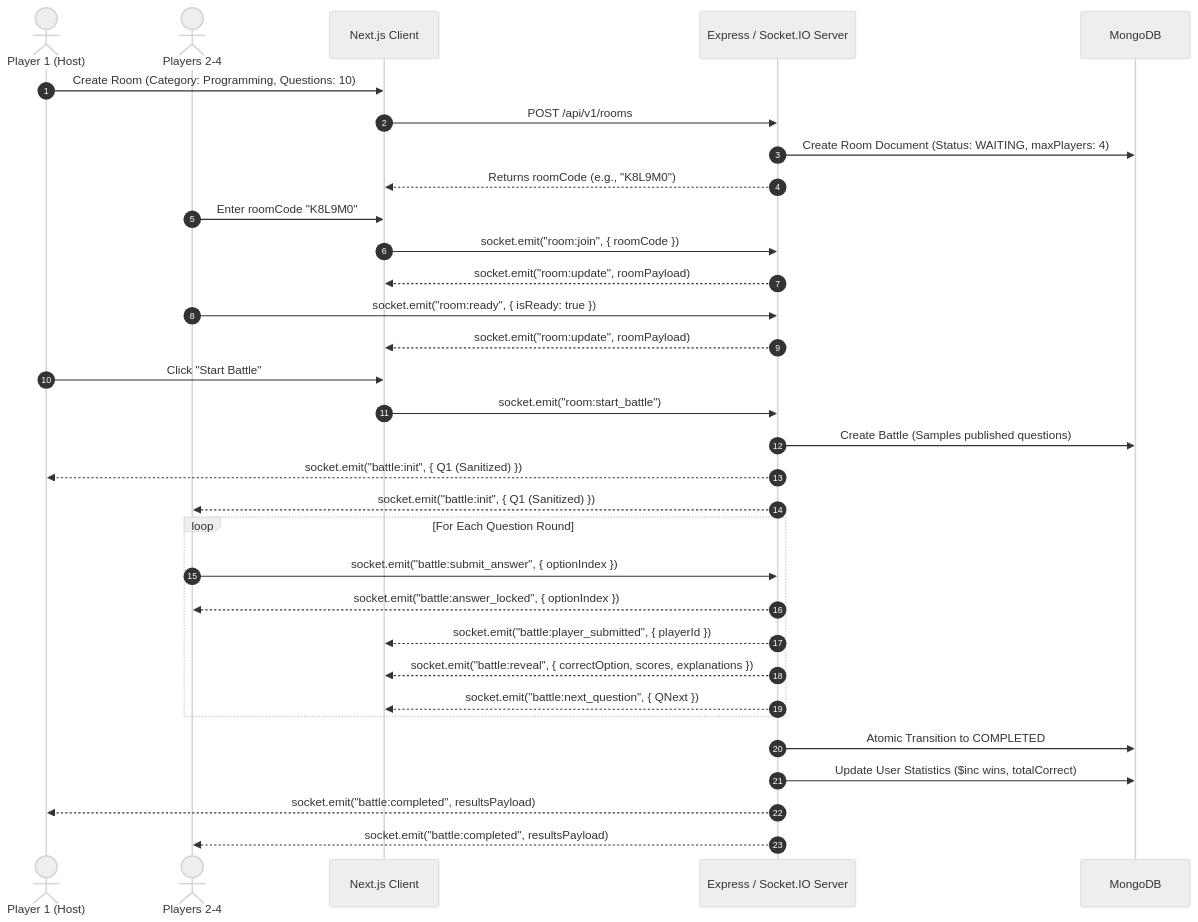
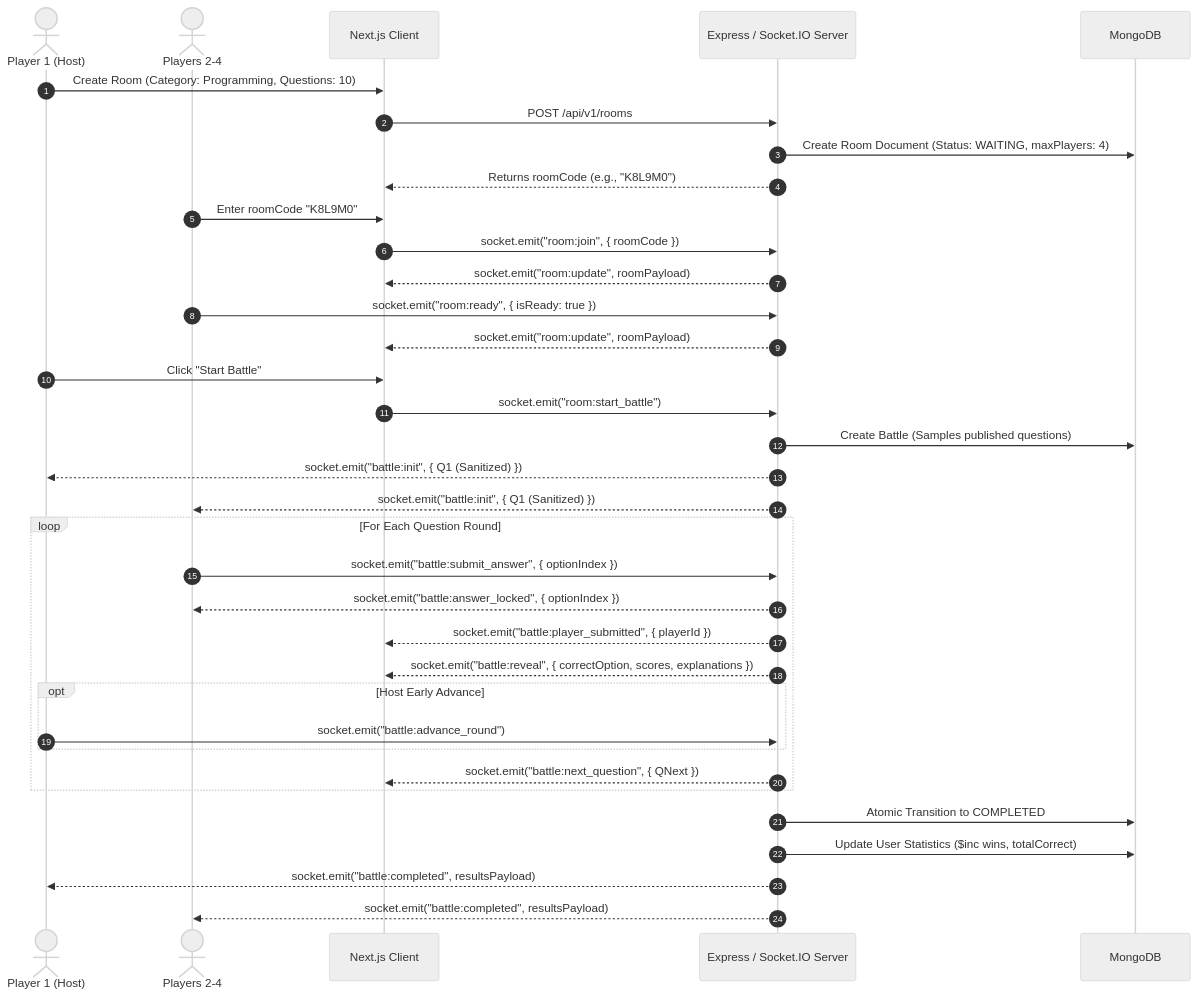
One commit to harshverma-25/CodeArena changed the diagram in docs/01-product-requirements.md. Above: the diagram before and after it, drawn with Mermaid (neutral theme). The commit also changed other lines of this file and 21 other files, not shown here.

````diff
--- a/docs/01-product-requirements.md
+++ b/docs/01-product-requirements.md
@@ -48,41 +60,44 @@
 ```mermaid
 sequenceDiagram
     autonumber
     actor Host as Player 1 (Host)
     actor Players as Players 2-4
     participant Client as Next.js Client
     participant Server as Express / Socket.IO Server
     participant DB as MongoDB
 
     Host->>Client: Create Room (Category: Programming, Questions: 10)
     Client->>Server: POST /api/v1/rooms
     Server->>DB: Create Room Document (Status: WAITING, maxPlayers: 4)
     Server-->>Client: Returns roomCode (e.g., "K8L9M0")
     
     Players->>Client: Enter roomCode "K8L9M0"
     Client->>Server: socket.emit("room:join", { roomCode })
     Server-->>Client: socket.emit("room:update", roomPayload)
 
     Players->>Server: socket.emit("room:ready", { isReady: true })
     Server-->>Client: socket.emit("room:update", roomPayload)
 
     Host->>Client: Click "Start Battle"
     Client->>Server: socket.emit("room:start_battle")
 
     Server->>DB: Create Battle (Samples published questions)
     Server-->>Host: socket.emit("battle:init", { Q1 (Sanitized) })
     Server-->>Players: socket.emit("battle:init", { Q1 (Sanitized) })
 
     loop For Each Question Round
         Players->>Server: socket.emit("battle:submit_answer", { optionIndex })
         Server-->>Players: socket.emit("battle:answer_locked", { optionIndex })
         Server-->>Client: socket.emit("battle:player_submitted", { playerId })
         Server-->>Client: socket.emit("battle:reveal", { correctOption, scores, explanations })
+        opt Host Early Advance
+            Host->>Server: socket.emit("battle:advance_round")
+        end
         Server-->>Client: socket.emit("battle:next_question", { QNext })
     end
 
     Server->>DB: Atomic Transition to COMPLETED
     Server->>DB: Update User Statistics ($inc wins, totalCorrect)
     Server-->>Host: socket.emit("battle:completed", resultsPayload)
     Server-->>Players: socket.emit("battle:completed", resultsPayload)
 ```
````
